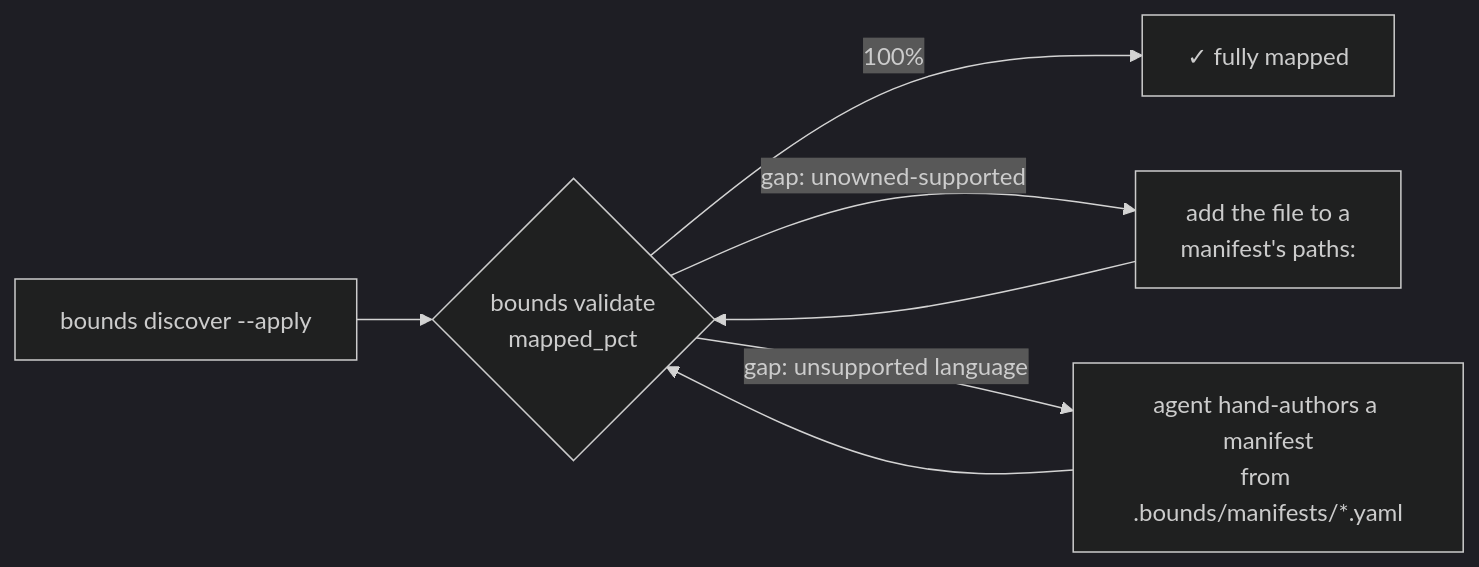
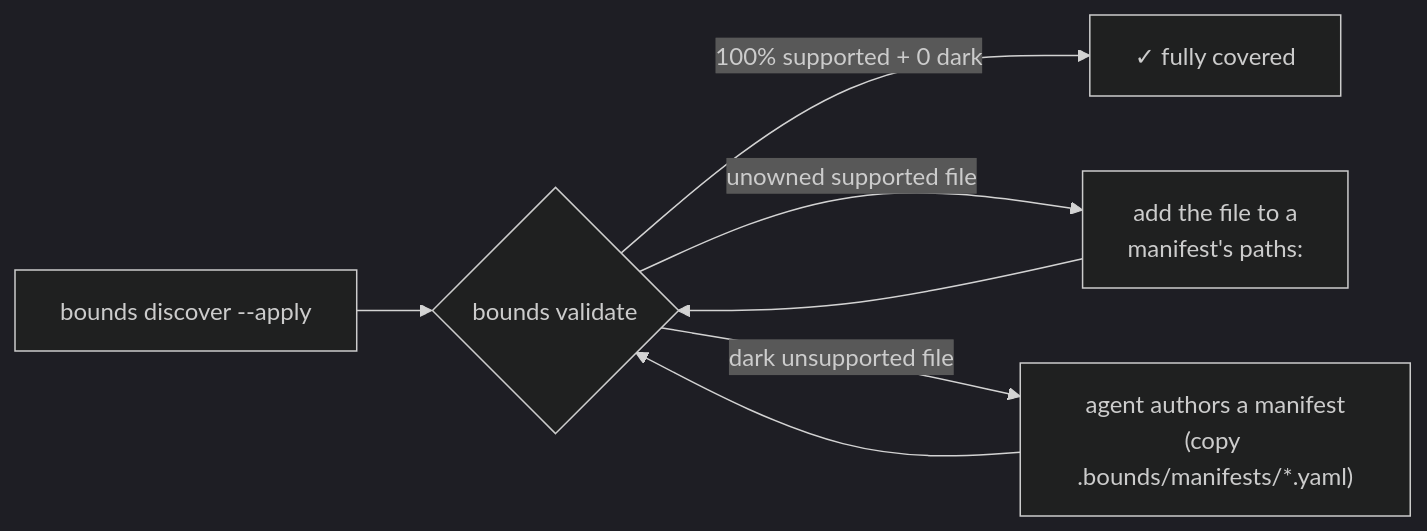
The diagram in README.md (Farzin312/bounds), drawn with Mermaid (dark theme) before and after one commit. The commit also changed other lines of this file and 32 other files, not shown here.

````diff
--- a/README.md
+++ b/README.md
@@ -180,9 +182,9 @@
 ```mermaid
 flowchart LR
-  D["bounds discover --apply"] --> V{"bounds validate<br/>mapped_pct"}
-  V -->|"100%"| DONE["✓ fully mapped"]
-  V -->|"gap: unowned-supported"| S["add the file to a<br/>manifest's paths:"]
-  V -->|"gap: unsupported language"| AI["agent hand-authors a manifest<br/>from .bounds/manifests/*.yaml"]
+  D["bounds discover --apply"] --> V{"bounds validate"}
+  V -->|"100% supported + 0 dark"| DONE["✓ fully covered"]
+  V -->|"unowned supported file"| S["add the file to a<br/>manifest's paths:"]
+  V -->|"dark unsupported file"| AI["agent authors a manifest<br/>(copy .bounds/manifests/*.yaml)"]
   S --> V
   AI --> V
 ```
````
